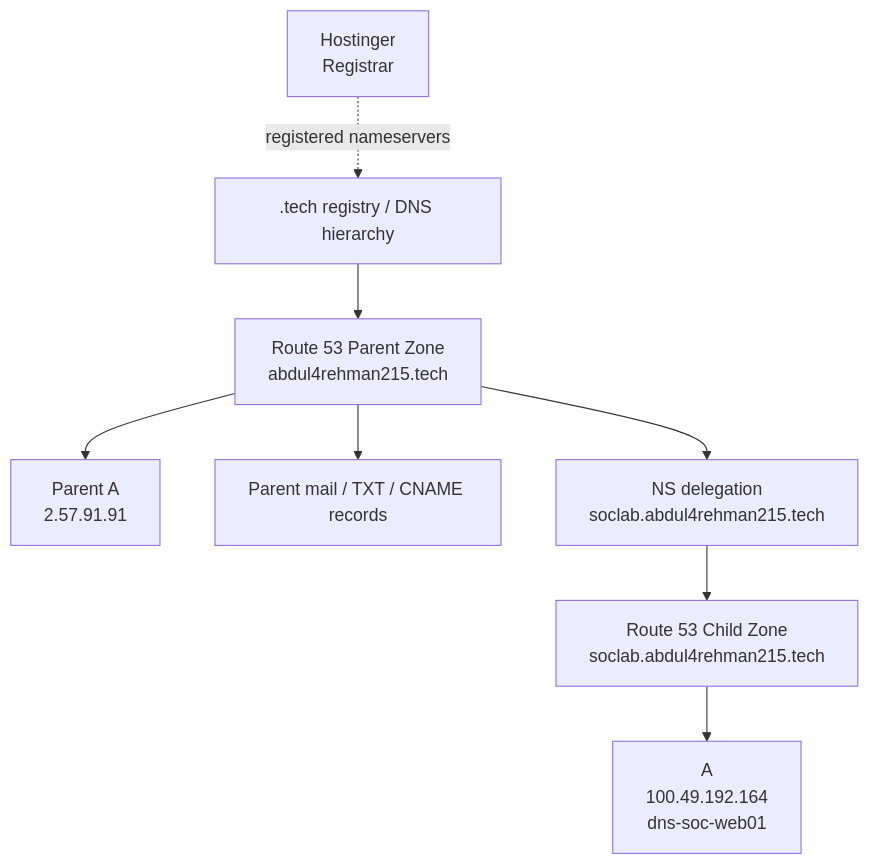
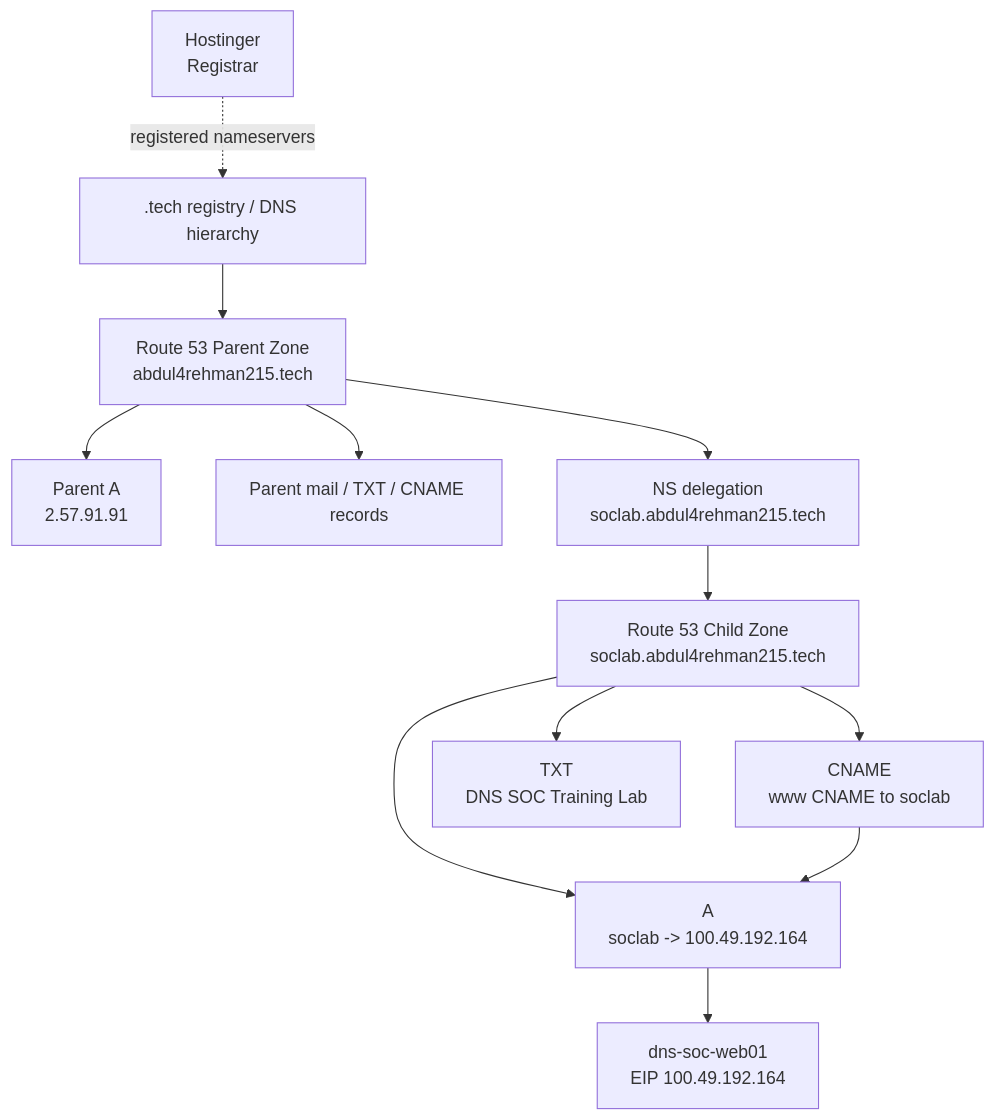
One commit to DNS-SOC-Lab/DNS-Lab-Infrastructure changed the diagram in 01-network-architecture/dns-authority-and-delegation.md. Above: the diagram before and after it, drawn with Mermaid. The commit also changed other lines of this file, not shown here.

Commit message:
docs(dns): tighten the authority story

````diff
--- a/01-network-architecture/dns-authority-and-delegation.md
+++ b/01-network-architecture/dns-authority-and-delegation.md
@@ -20,19 +20,26 @@
 ```mermaid
 flowchart TB
     Registrar[Hostinger<br/>Registrar]
     TLD[.tech registry / DNS hierarchy]
     Parent[Route 53 Parent Zone<br/>abdul4rehman215.tech]
     ParentSite[Parent A<br/>2.57.91.91]
     ParentMail[Parent mail / TXT / CNAME records]
     ChildNS[NS delegation<br/>soclab.abdul4rehman215.tech]
     Child[Route 53 Child Zone<br/>soclab.abdul4rehman215.tech]
-    Web[A<br/>100.49.192.164<br/>dns-soc-web01]
+    Apex[A<br/>soclab -> 100.49.192.164]
+    WWW[CNAME<br/>www CNAME to soclab]
+    TXT[TXT<br/>DNS SOC Training Lab]
+    Web[dns-soc-web01<br/>EIP 100.49.192.164]
 
     Registrar -. registered nameservers .-> TLD
     TLD --> Parent
     Parent --> ParentSite
     Parent --> ParentMail
     Parent --> ChildNS
     ChildNS --> Child
-    Child --> Web
+    Child --> Apex
+    Child --> WWW
+    Child --> TXT
+    Apex --> Web
+    WWW --> Apex
 ```
````
